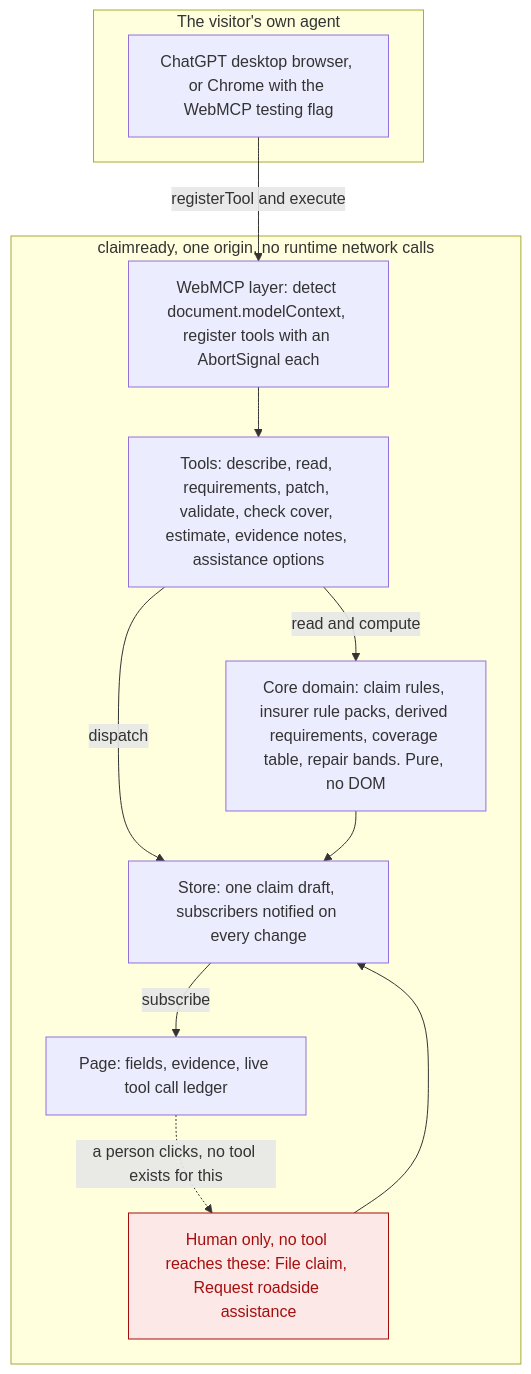
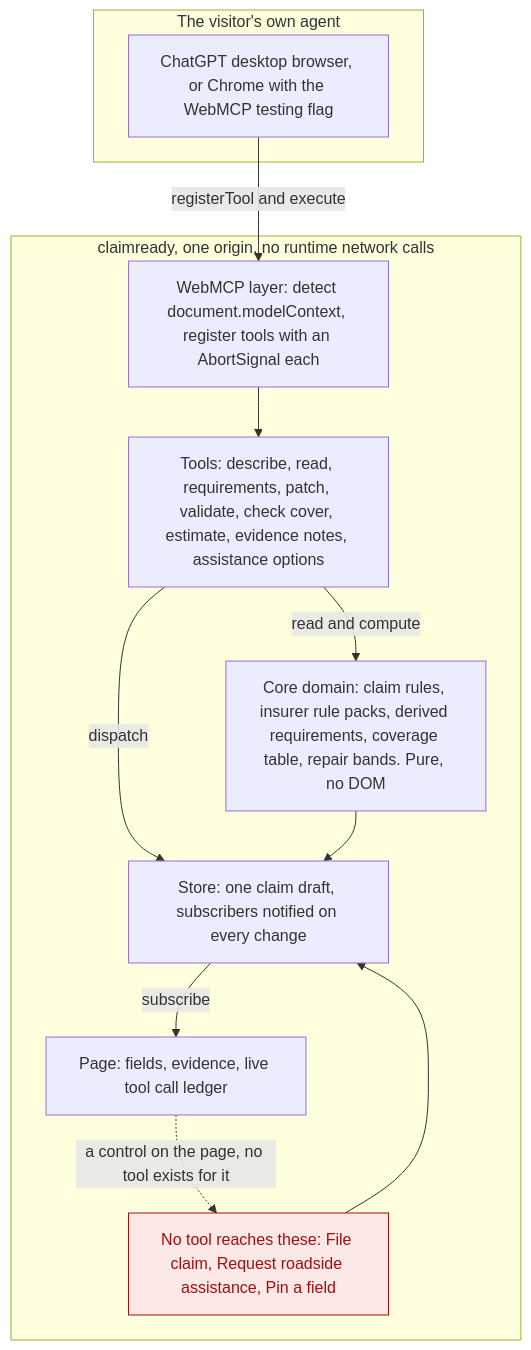
Before and after one commit to upgradedev/claimready: the first of 2 diagrams in README.md, drawn with Mermaid. The commit also changed other lines of this file and 33 other files, not shown here.

````diff
--- a/README.md
+++ b/README.md
@@ -44,27 +60,27 @@
 ```mermaid
 flowchart TB
   subgraph outside["The visitor's own agent"]
     AG["ChatGPT desktop browser, or Chrome with the WebMCP testing flag"]
   end
 
   subgraph origin["claimready, one origin, no runtime network calls"]
     MCP["WebMCP layer: detect document.modelContext, register tools with an AbortSignal each"]
     TOOLS["Tools: describe, read, requirements, patch, validate, check cover, estimate, evidence notes, assistance options"]
     STORE["Store: one claim draft, subscribers notified on every change"]
     CORE["Core domain: claim rules, insurer rule packs, derived requirements, coverage table, repair bands. Pure, no DOM"]
     UI["Page: fields, evidence, live tool call ledger"]
-    HUMAN["Human only, no tool reaches these: File claim, Request roadside assistance"]
+    HUMAN["No tool reaches these: File claim, Request roadside assistance, Pin a field"]
   end
 
   AG -->|"registerTool and execute"| MCP
   MCP --> TOOLS
   TOOLS -->|"dispatch"| STORE
   TOOLS -->|"read and compute"| CORE
   STORE -->|"subscribe"| UI
   CORE --> STORE
-  UI -.->|"a person clicks, no tool exists for this"| HUMAN
+  UI -.->|"a control on the page, no tool exists for it"| HUMAN
   HUMAN --> STORE
 
   classDef guarded fill:#fce8e6,stroke:#a50e0e,color:#a50e0e
   class HUMAN guarded
 ```
````
